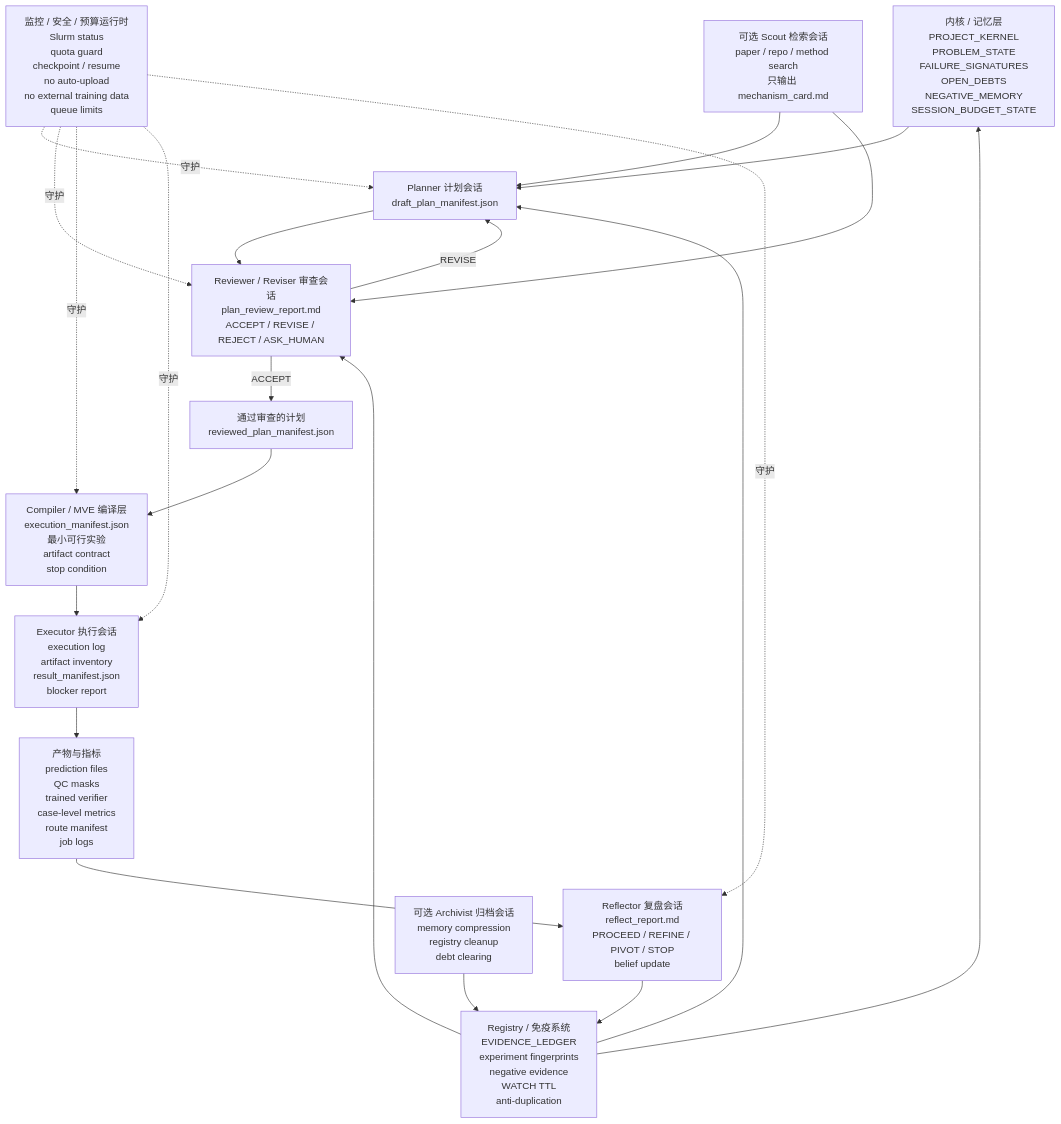
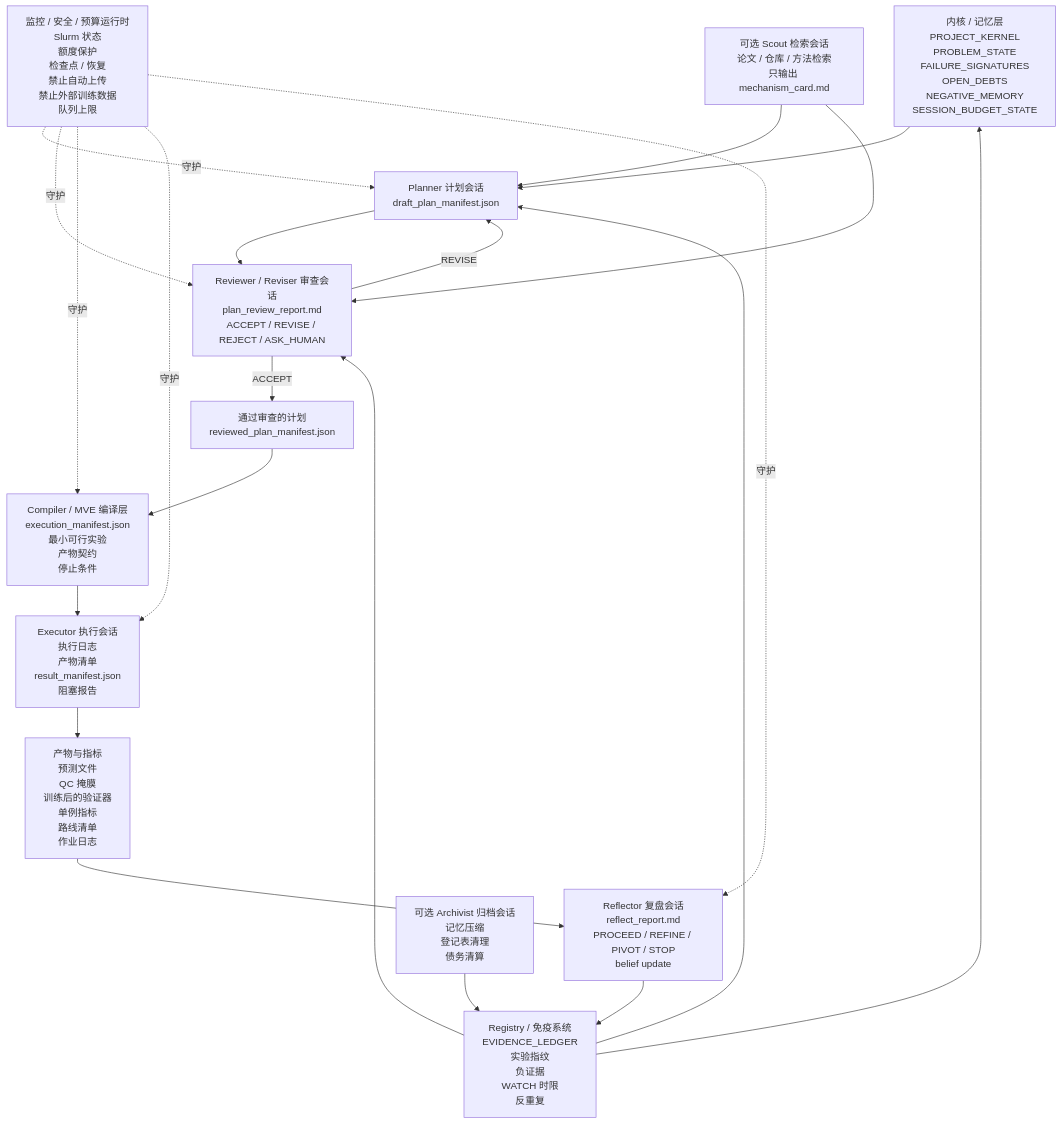
The diagram in docs/README_CN.md (YuukiAS/VibeResearch), drawn with Mermaid before and after one commit. The commit also changed other lines of this file and 5 other files, not shown here.

````diff
--- a/docs/README_CN.md
+++ b/docs/README_CN.md
@@ -149,34 +147,34 @@
 ```mermaid
 flowchart TD
     A["内核 / 记忆层<br/>PROJECT_KERNEL<br/>PROBLEM_STATE<br/>FAILURE_SIGNATURES<br/>OPEN_DEBTS<br/>NEGATIVE_MEMORY<br/>SESSION_BUDGET_STATE"] --> B["Planner 计划会话<br/>draft_plan_manifest.json"]
 
     B --> C["Reviewer / Reviser 审查会话<br/>plan_review_report.md<br/>ACCEPT / REVISE / REJECT / ASK_HUMAN"]
 
     C -- REVISE --> B
     C -- ACCEPT --> D["通过审查的计划<br/>reviewed_plan_manifest.json"]
 
-    D --> E["Compiler / MVE 编译层<br/>execution_manifest.json<br/>最小可行实验<br/>artifact contract<br/>stop condition"]
+    D --> E["Compiler / MVE 编译层<br/>execution_manifest.json<br/>最小可行实验<br/>产物契约<br/>停止条件"]
 
-    E --> F["Executor 执行会话<br/>execution log<br/>artifact inventory<br/>result_manifest.json<br/>blocker report"]
+    E --> F["Executor 执行会话<br/>执行日志<br/>产物清单<br/>result_manifest.json<br/>阻塞报告"]
 
-    F --> G["产物与指标<br/>prediction files<br/>QC masks<br/>trained verifier<br/>case-level metrics<br/>route manifest<br/>job logs"]
+    F --> G["产物与指标<br/>预测文件<br/>QC 掩膜<br/>训练后的验证器<br/>单例指标<br/>路线清单<br/>作业日志"]
 
     G --> H["Reflector 复盘会话<br/>reflect_report.md<br/>PROCEED / REFINE / PIVOT / STOP<br/>belief update"]
 
-    H --> I["Registry / 免疫系统<br/>EVIDENCE_LEDGER<br/>experiment fingerprints<br/>negative evidence<br/>WATCH TTL<br/>anti-duplication"]
+    H --> I["Registry / 免疫系统<br/>EVIDENCE_LEDGER<br/>实验指纹<br/>负证据<br/>WATCH 时限<br/>反重复"]
 
     I --> A
     I --> B
     I --> C
 
-    J["监控 / 安全 / 预算运行时<br/>Slurm status<br/>quota guard<br/>checkpoint / resume<br/>no auto-upload<br/>no external training data<br/>queue limits"] -. 守护 .-> B
+    J["监控 / 安全 / 预算运行时<br/>Slurm 状态<br/>额度保护<br/>检查点 / 恢复<br/>禁止自动上传<br/>禁止外部训练数据<br/>队列上限"] -. 守护 .-> B
     J -. 守护 .-> C
     J -. 守护 .-> E
     J -. 守护 .-> F
     J -. 守护 .-> H
 
-    K["可选 Scout 检索会话<br/>paper / repo / method search<br/>只输出 mechanism_card.md"] --> B
+    K["可选 Scout 检索会话<br/>论文 / 仓库 / 方法检索<br/>只输出 mechanism_card.md"] --> B
     K --> C
 
-    L["可选 Archivist 归档会话<br/>memory compression<br/>registry cleanup<br/>debt clearing"] --> I
+    L["可选 Archivist 归档会话<br/>记忆压缩<br/>登记表清理<br/>债务清算"] --> I
 ```
````
